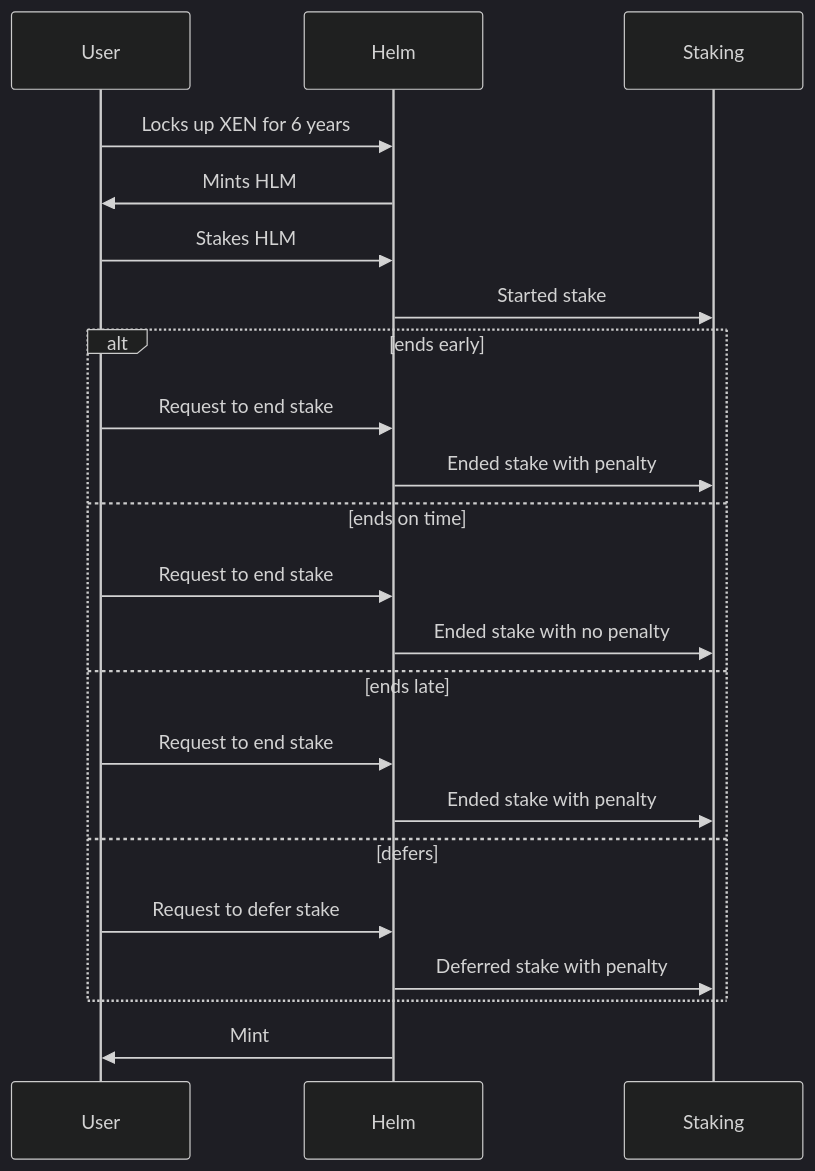
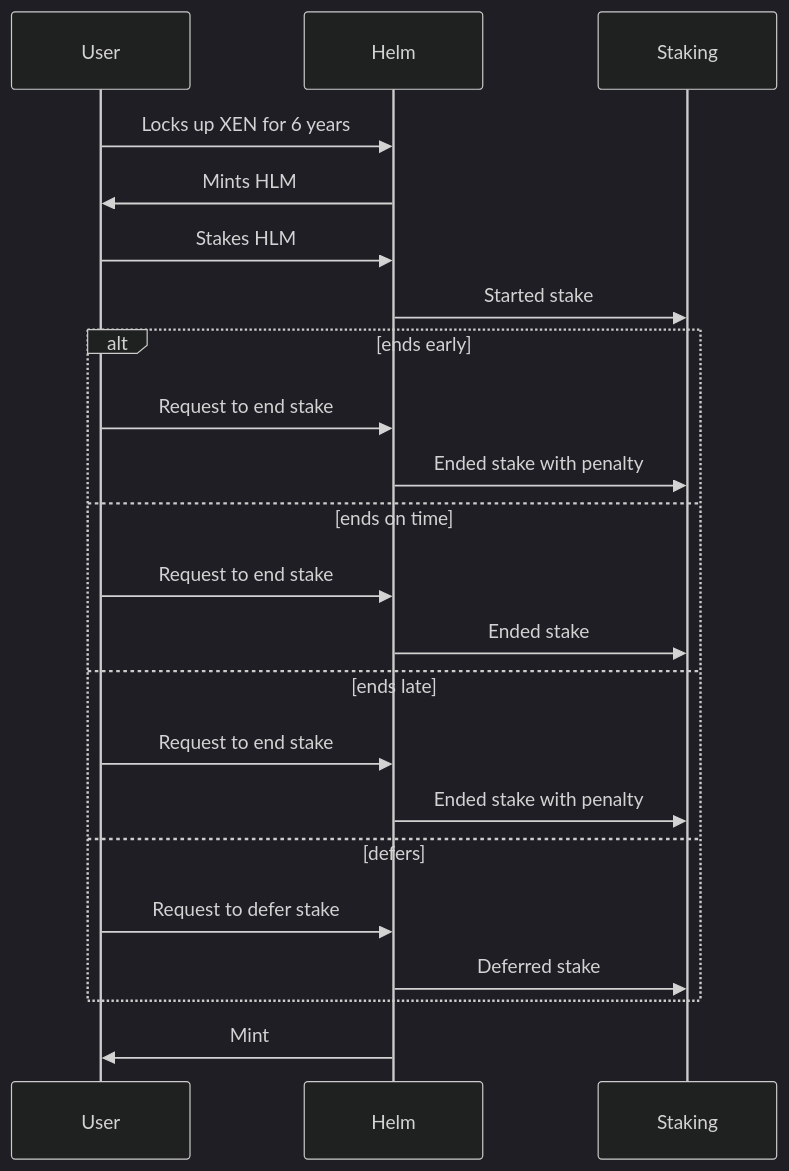
Before and after one commit to helmtoken/docs: the first of 2 diagrams in architecture.md, drawn with Mermaid (dark theme).

Commit message:
GITBOOK-23: change request with no subject merged in GitBook

````diff
--- a/architecture.md
+++ b/architecture.md
@@ -5,21 +5,21 @@
 ```mermaid
 sequenceDiagram
     User->>Helm: Locks up XEN for 6 years
     Helm->>User: Mints HLM
     User->>Helm: Stakes HLM
     Helm->>Staking: Started stake
     alt ends early
         User->>Helm: Request to end stake
         Helm->>Staking: Ended stake with penalty
     else ends on time
         User->>Helm: Request to end stake
-        Helm->>Staking: Ended stake with no penalty
+        Helm->>Staking: Ended stake
     else ends late
         User->>Helm: Request to end stake
         Helm->>Staking: Ended stake with penalty
     else defers
         User->>Helm: Request to defer stake
-        Helm->>Staking: Deferred stake with penalty
+        Helm->>Staking: Deferred stake
     end
     Helm->>User: Mint
 ```
````
